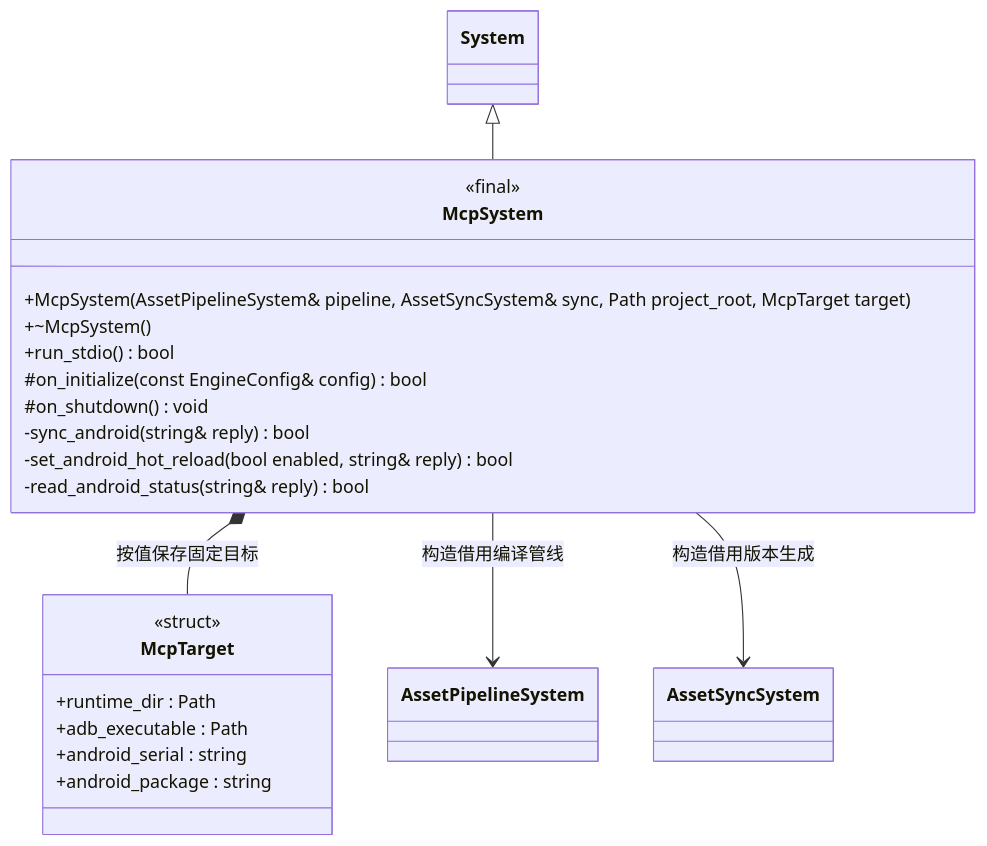
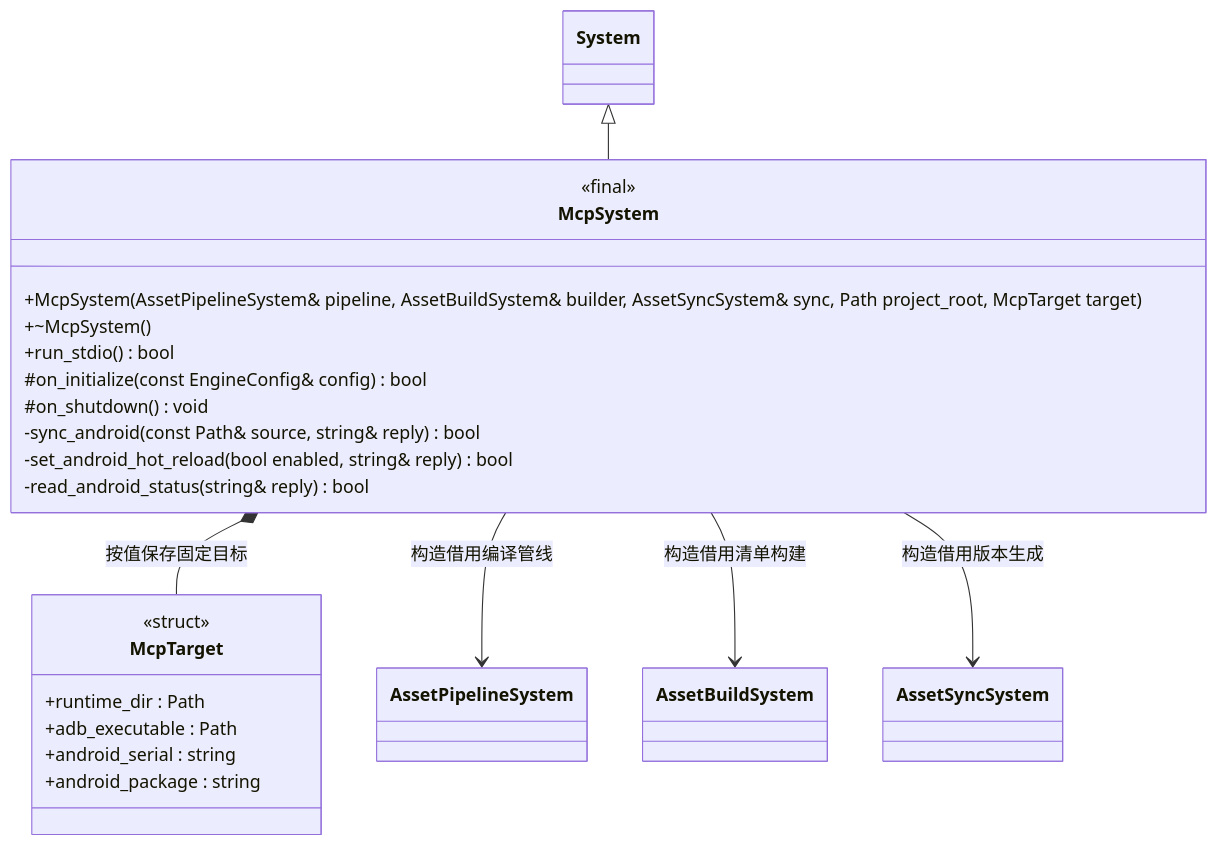
Before and after one commit to lcals/Engine: the first of 3 diagrams in docs/plugins/class-diagrams/mcp-system.md, drawn with Mermaid. The commit also changed other lines of this file and 96 other files, not shown here.

````diff
--- a/docs/plugins/class-diagrams/mcp-system.md
+++ b/docs/plugins/class-diagrams/mcp-system.md
@@ -7,29 +9,31 @@
 ```mermaid
 classDiagram
     direction TB
     class McpTarget {
         <<struct>>
         +runtime_dir : Path
         +adb_executable : Path
         +android_serial : string
         +android_package : string
     }
     class McpSystem {
         <<final>>
-        +McpSystem(AssetPipelineSystem& pipeline, AssetSyncSystem& sync, Path project_root, McpTarget target)
+        +McpSystem(AssetPipelineSystem& pipeline, AssetBuildSystem& builder, AssetSyncSystem& sync, Path project_root, McpTarget target)
         +~McpSystem()
         +run_stdio() bool
         #on_initialize(const EngineConfig& config) bool
         #on_shutdown() void
-        -sync_android(string& reply) bool
+        -sync_android(const Path& source, string& reply) bool
         -set_android_hot_reload(bool enabled, string& reply) bool
         -read_android_status(string& reply) bool
     }
     class System
     class AssetPipelineSystem
+    class AssetBuildSystem
     class AssetSyncSystem
     System <|-- McpSystem
     McpSystem *-- McpTarget : 按值保存固定目标
     McpSystem --> AssetPipelineSystem : 构造借用编译管线
+    McpSystem --> AssetBuildSystem : 构造借用清单构建
     McpSystem --> AssetSyncSystem : 构造借用版本生成
 ```
````
